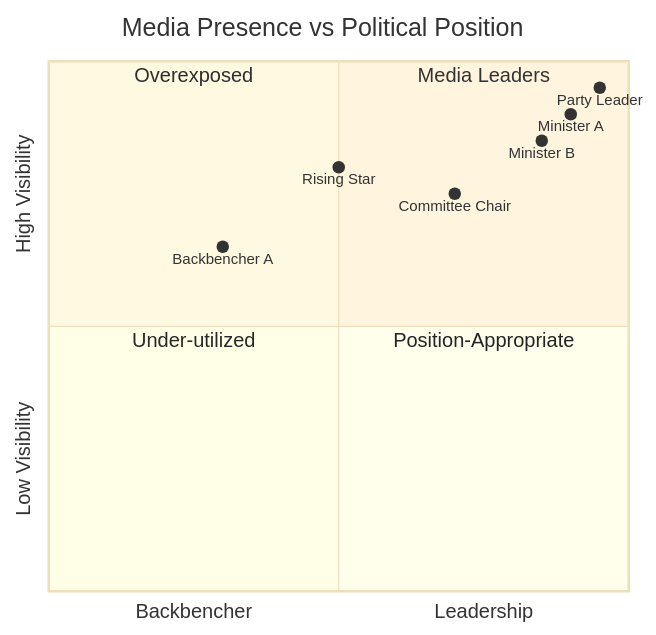
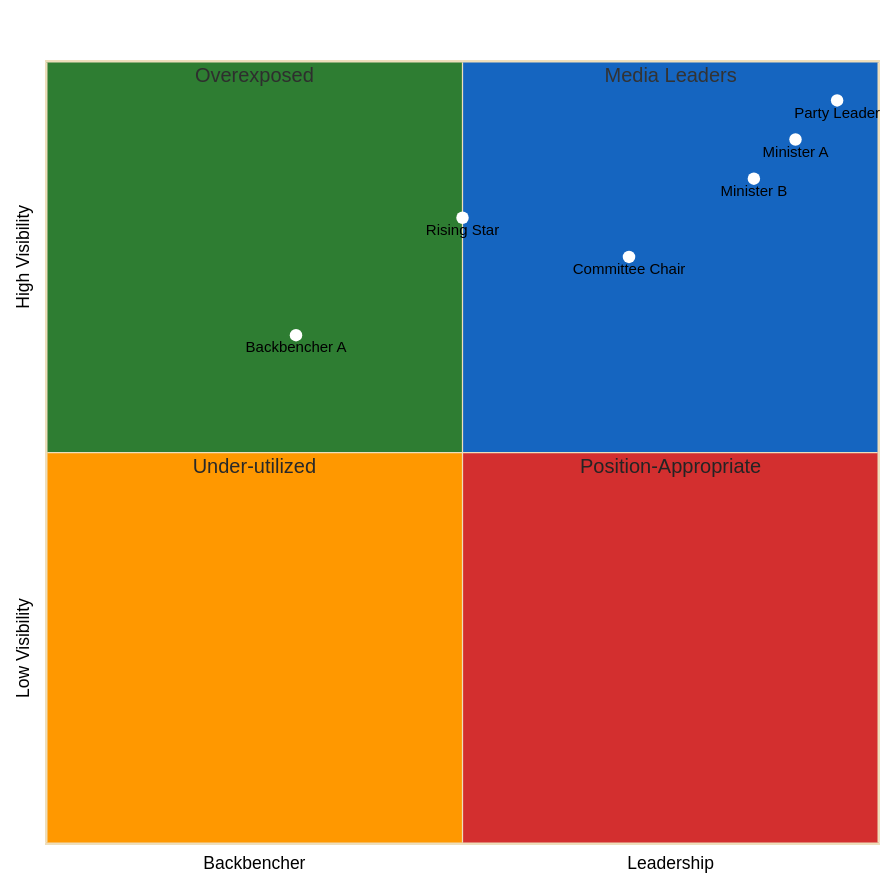
One commit to Hack23/cia changed the eighth of 13 diagrams in json-export-specs/visualizations/top10-media-presence.md. Above: the diagram before and after it, drawn with Mermaid. The commit also changed other lines of this file and 30 other files, not shown here.

First line of the commit message:
fix: fix mermaid init blocks (single->double quotes), xychart quoting, and SWOT quadrant colors

````diff
--- a/json-export-specs/visualizations/top10-media-presence.md
+++ b/json-export-specs/visualizations/top10-media-presence.md
@@ -124,18 +124,41 @@
 ```mermaid
-%%{init: {'theme':'base'}}%%
+%%{init: {
+  "theme": "base",
+  "themeVariables": {
+    "quadrant1Fill": "#1565C0",
+    "quadrant2Fill": "#2E7D32",
+    "quadrant3Fill": "#FF9800",
+    "quadrant4Fill": "#D32F2F",
+    "quadrantTitleFill": "#ffffff",
+    "quadrantPointFill": "#ffffff",
+    "quadrantPointTextFill": "#000000",
+    "quadrantXAxisTextFill": "#000000",
+    "quadrantYAxisTextFill": "#000000"
+  },
+  "quadrantChart": {
+    "chartWidth": 700,
+    "chartHeight": 700,
+    "pointLabelFontSize": 12,
+    "titleFontSize": 20,
+    "quadrantLabelFontSize": 16,
+    "xAxisLabelFontSize": 14,
+    "yAxisLabelFontSize": 14
+  }
+}}%%
 quadrantChart
     title Media Presence vs Political Position
     x-axis Backbencher --> Leadership
     y-axis Low Visibility --> High Visibility
     quadrant-1 Media Leaders
     quadrant-2 Overexposed
     quadrant-3 Under-utilized
     quadrant-4 Position-Appropriate
     
-    Party Leader: [0.95, 0.95]
-    Minister A: [0.9, 0.9]
-    Minister B: [0.85, 0.85]
-    Committee Chair: [0.7, 0.75]
-    Rising Star: [0.5, 0.8]
-    Backbencher A: [0.3, 0.65]
+    "Party Leader": [0.95, 0.95]
+    "Minister A": [0.9, 0.9]
+    "Minister B": [0.85, 0.85]
+    "Committee Chair": [0.7, 0.75]
+    "Rising Star": [0.5, 0.8]
+    "Backbencher A": [0.3, 0.65]
+
 ```
````
